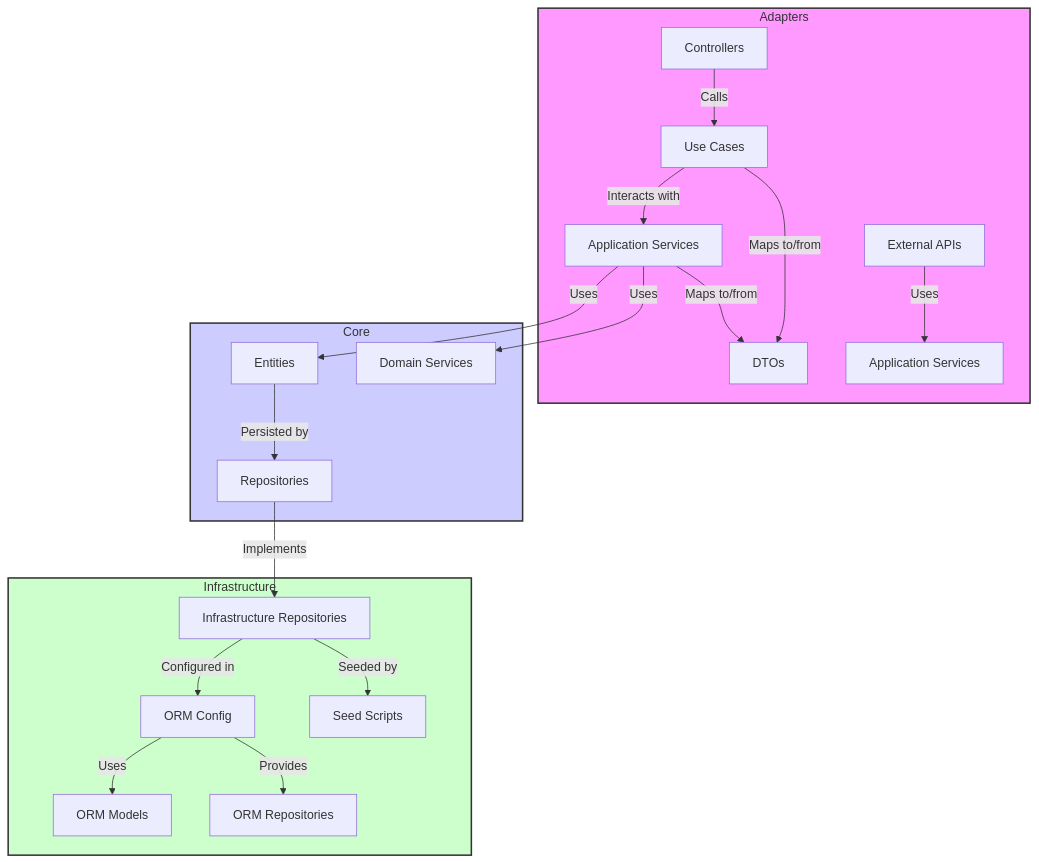
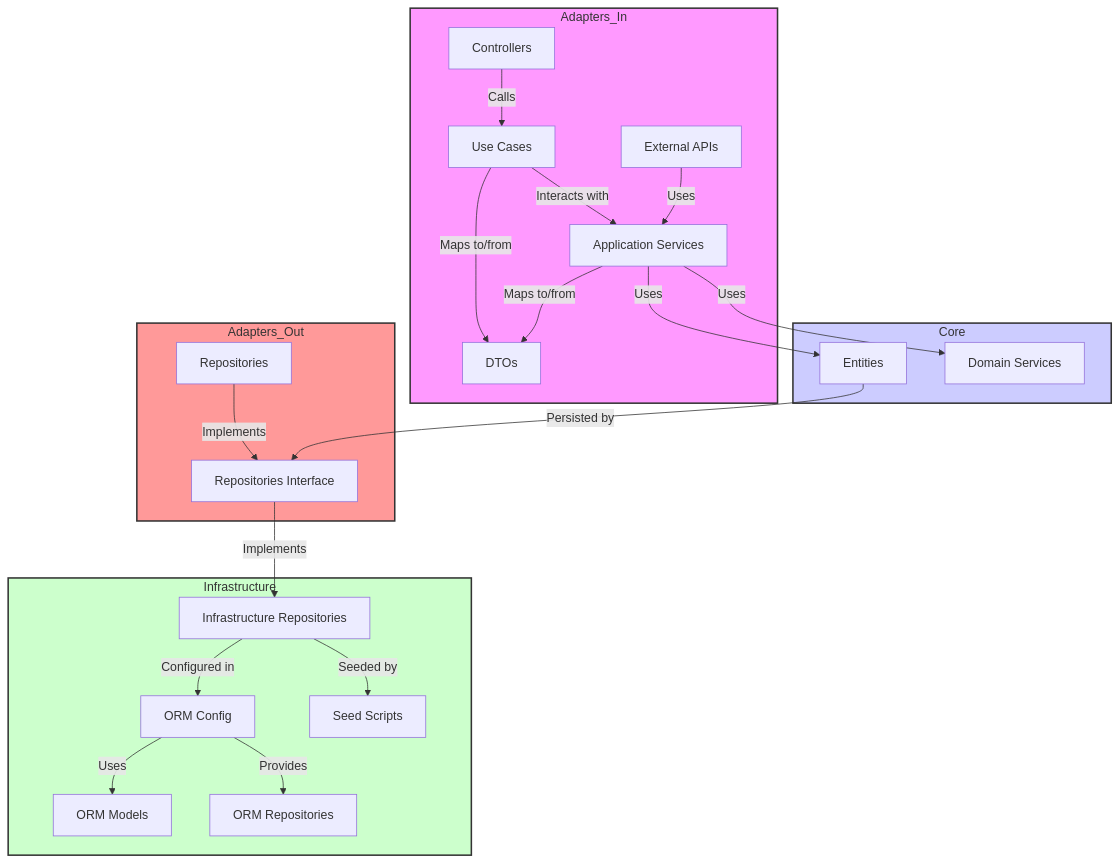
The first of 2 diagrams in README.md (diname/tech-challenge-fiap), drawn with Mermaid before and after one commit. The commit also changed other lines of this file, not shown here.

````diff
--- a/README.md
+++ b/README.md
@@ -85,34 +129,39 @@
 ```mermaid
 graph TD
-    subgraph Adapters
+    subgraph Adapters_In
         A[Controllers] -->|Calls| B[Use Cases]
         B -->|Interacts with| C[Application Services]
         B -->|Maps to/from| D[DTOs]
         C -->|Maps to/from| D
-        E[External APIs] -->|Uses| F[Application Services]
+        E[External APIs] -->|Uses| C
+    end
+
+    subgraph Adapters_Out
+        F[Repositories] -->|Implements| I[Repositories Interface]
     end
 
     subgraph Core
         C -->|Uses| G[Entities]
         C -->|Uses| H[Domain Services]
-        G -->|Persisted by| I[Repositories]
+        G -->|Persisted by| I[Repositories Interface]
     end
 
     subgraph Infrastructure
         I -->|Implements| J[Infrastructure Repositories]
         J -->|Configured in| K[ORM Config]
         K -->|Uses| L[ORM Models]
         K -->|Provides| M[ORM Repositories]
         J -->|Seeded by| N[Seed Scripts]
     end
 
     %%% Optional styling to make the diagram clearer
-    classDef adapters fill:#f9f,stroke:#333,stroke-width:2px;
+    classDef adapters_in fill:#f9f,stroke:#333,stroke-width:2px;
+    classDef adapters_out fill:#f99,stroke:#333,stroke-width:2px;
     classDef core fill:#ccf,stroke:#333,stroke-width:2px;
     classDef infra fill:#cfc,stroke:#333,stroke-width:2px;
 
-    class Adapters adapters;
+    class Adapters_In adapters_in;
+    class Adapters_Out adapters_out;
     class Core core;
     class Infrastructure infra;
-
 ```
````
